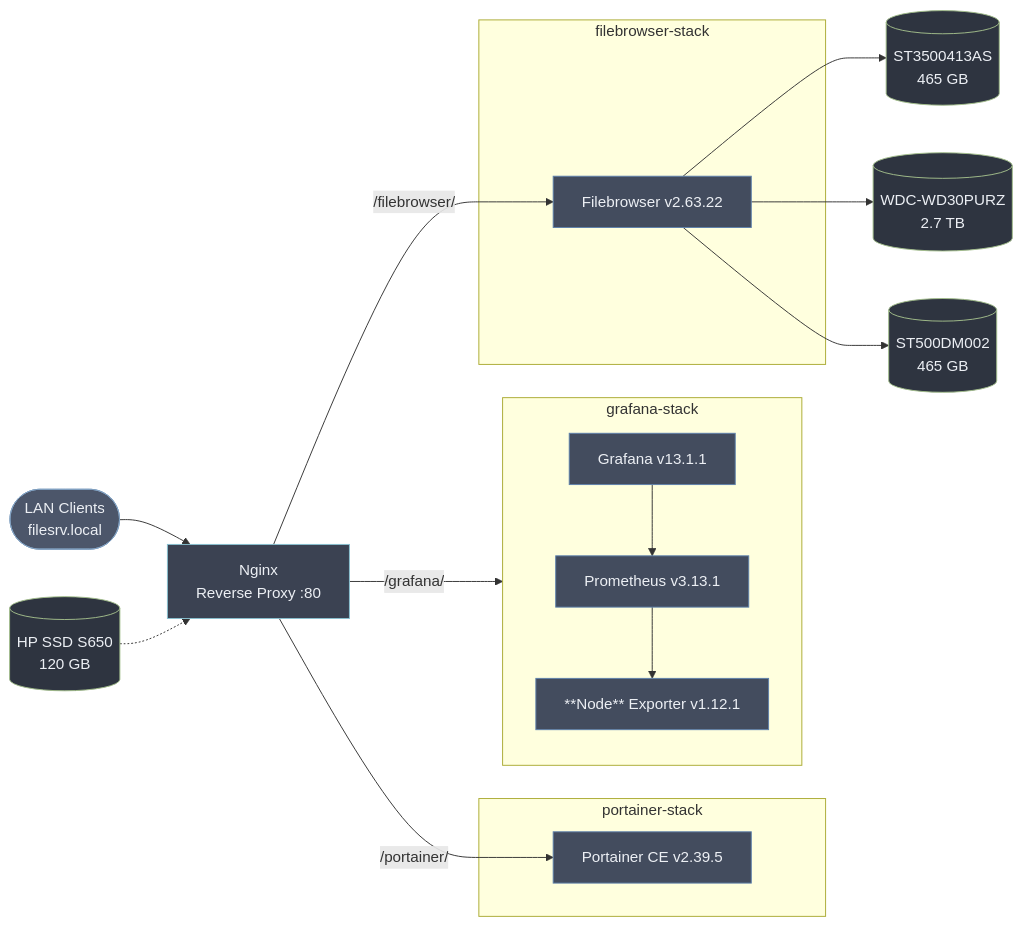
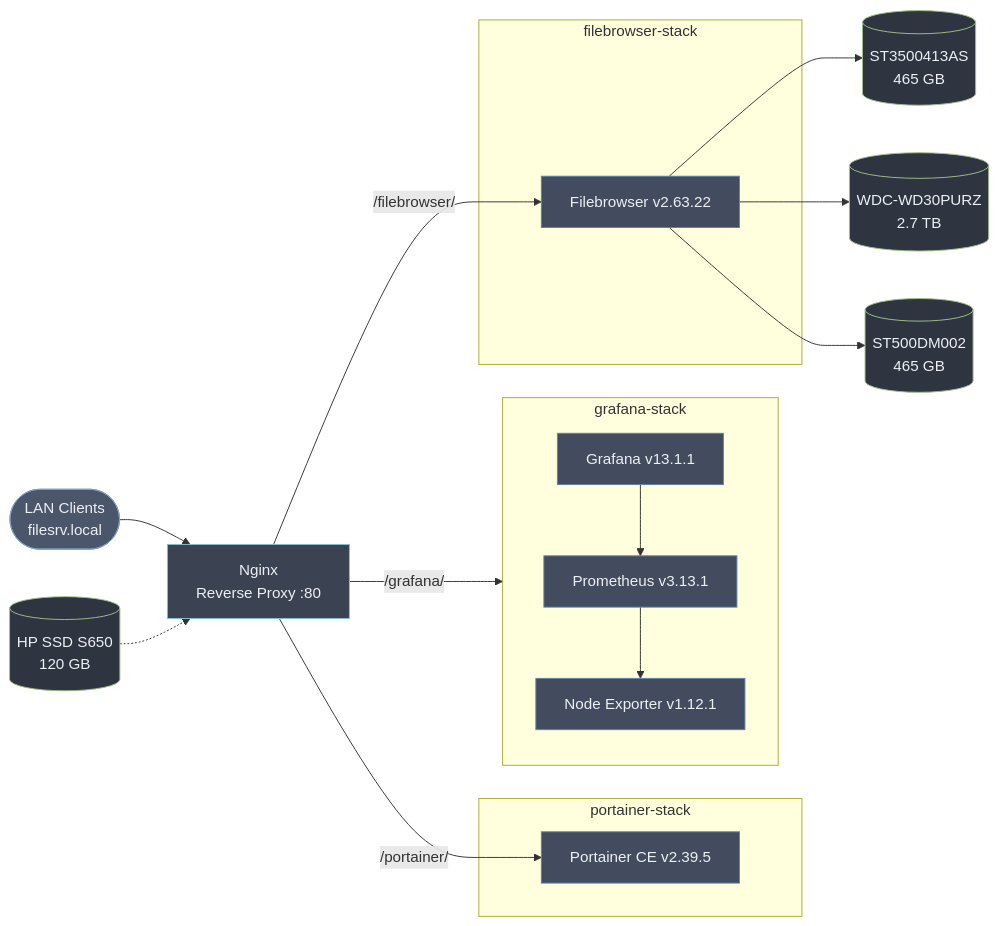
One commit to rebootless/filesrv.local changed the diagram in README.md. Above: the diagram before and after it, drawn with Mermaid.

Commit message:
docs: fix formatting of Node Exporter name

````diff
--- a/README.md
+++ b/README.md
@@ -51,51 +51,51 @@
 ```mermaid
 flowchart LR
 
     Client(["LAN Clients<br/>filesrv.local"])
     OSDisk[("HP SSD S650<br/>120 GB")]
 
     Nginx["Nginx<br/>Reverse Proxy :80"]
 
     Client --> Nginx
 
     subgraph Monitoring["grafana-stack"]
         direction TB
         Grafana["Grafana v13.1.1"]
         Prometheus["Prometheus v3.13.1"]
-        NodeExporter["**Node** Exporter v1.12.1"]
+        NodeExporter["Node Exporter v1.12.1"]
         Grafana --> Prometheus
         Prometheus --> NodeExporter
     end
 
     subgraph PortainerStack["portainer-stack"]
         Portainer["Portainer CE v2.39.5"]
     end
 
     subgraph Files["filebrowser-stack"]
         Filebrowser["Filebrowser v2.63.22"]
     end
 
     Nginx -->|"/grafana/"| Grafana
     Nginx -->|"/portainer/"| Portainer
     Nginx -->|"/filebrowser/"| Filebrowser
 
     Disk1[("ST3500413AS<br/>465 GB")]
     Disk2[("WDC-WD30PURZ<br/>2.7 TB")]
     Disk3[("ST500DM002<br/>465 GB")]
 
     Filebrowser --> Disk1
     Filebrowser --> Disk2
     Filebrowser --> Disk3
 
     OSDisk -.-> Nginx
 
     classDef external fill:#4c566a,stroke:#81a1c1,color:#eceff4;
     classDef proxy fill:#3b4252,stroke:#88c0d0,color:#eceff4;
     classDef service fill:#434c5e,stroke:#5e81ac,color:#eceff4;
     classDef storage fill:#2e3440,stroke:#a3be8c,color:#eceff4;
 
     class Client external;
     class Nginx proxy;
     class Grafana,Prometheus,NodeExporter,Portainer,Filebrowser service;
     class Disk1,Disk2,Disk3,OSDisk storage;
 ```
````
